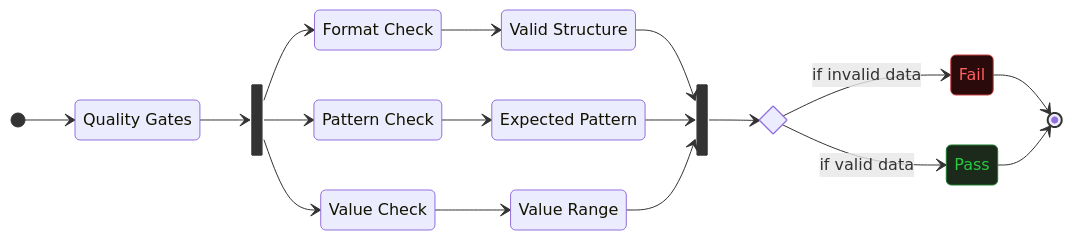
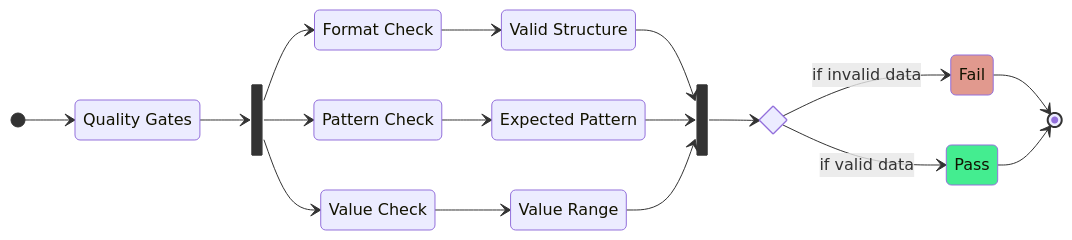
One commit to radra23/scryops-site changed the third of 4 diagrams in content/guides/data-masking-in-telemetry.md. Above: the diagram before and after it, drawn with Mermaid. The commit also changed other lines of this file and 4 other files, not shown here.

```diff
--- a/content/guides/data-masking-in-telemetry.md
+++ b/content/guides/data-masking-in-telemetry.md
@@ -108,39 +110,39 @@
 {{< mermaid >}}
 
 stateDiagram-v2
     direction LR
 
-    classDef pass fill:#1C2A1C,stroke:#1C7A2E,color:#28CA41
-    classDef fail fill:#2A0A0A,stroke:#CC4444,color:#FF6060
+    classDef pass fill:#44ED90
+    classDef fail fill:#E1998E
    data_quality: Quality Gates
    State2: Format Check
    State3: Pattern Check
    State4: Value Check
    State21: Valid Structure
    State31: Expected Pattern
    State41: Value Range
 
     state fork_state <<fork>>
       [*] --> data_quality
       data_quality --> fork_state
       fork_state --> State2
       fork_state --> State3
       fork_state --> State4
       State3 --> State31
       State2 --> State21
       State4 --> State41
   
       state join_state <<join>>
       State21 --> join_state
       State31 --> join_state
       State41 --> join_state
 
       state if_state <<choice>>
         join_state --> if_state
         if_state --> Pass: if valid data
         if_state --> Fail : if invalid data
 
     Fail:::fail --> [*]
     Pass:::pass --> [*]
 
 {{< /mermaid >}}
```
